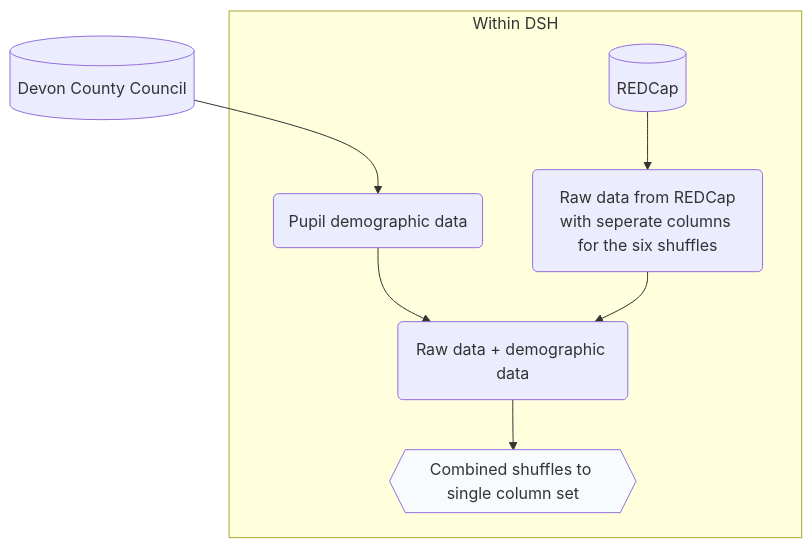
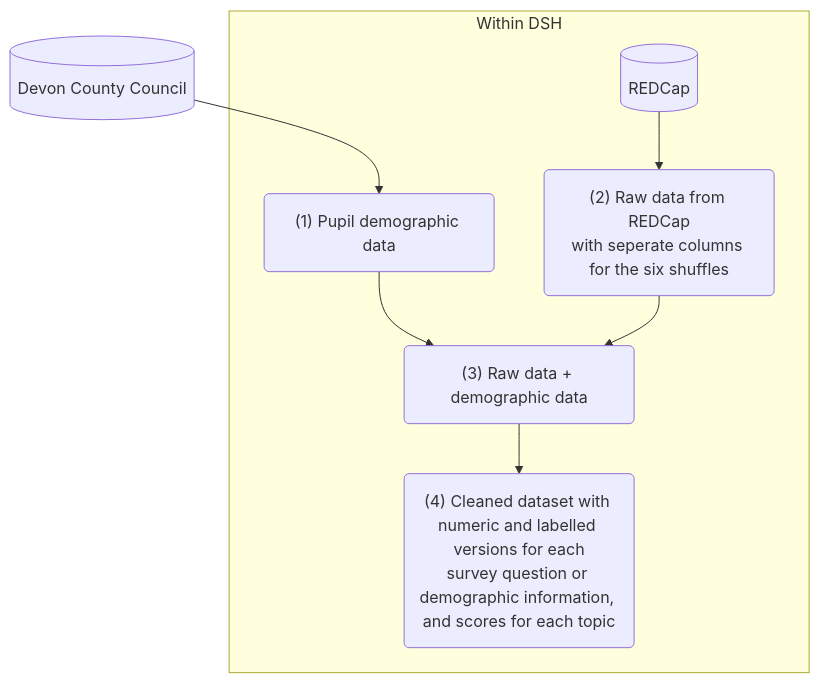
One commit to kailo-beewell/synthetic_standard_school_dashboards changed the fourth of 4 diagrams in data_structures_guide.md. Above: the diagram before and after it, drawn with Mermaid. The commit also changed other lines of this file, not shown here.

Commit message:
Further work on in-progress data processing diagram

````diff
--- a/data_structures_guide.md
+++ b/data_structures_guide.md
@@ -20,24 +116,29 @@
 ```mermaid
   graph TD;
 
     %% Define the nodes and subgraphs
+
     dcc[(Devon County Council)]
+
     subgraph Within DSH
-        dem(Pupil demographic data)
-        red[(REDCap)]
-        red_raw(Raw data from REDCap<br>with seperate columns for the six shuffles)
-        red_comb(Raw data + demographic data)
-        red_col{{Combined shuffles to single column set}}
+
+        dem("(1) Pupil demographic data")
+    
+        red[("REDCap")]
+    
+        red_raw("(2) Raw data from REDCap<br>with seperate columns for the six shuffles")
+    
+        red_comb("(3) Raw data + demographic data")
+    
+        red_tidy("(4) Cleaned dataset with numeric and labelled versions for each<br>survey question or demographic information, and scores for each topic");
+
     end
 
     %% Produce the figure
+
     dcc --> dem;
     dem --> red_comb;
     red --> red_raw;
     red_raw --> red_comb;
-    red_comb --> red_col;
-
-    %% Add custom colour to nodes
-    classDef pale fill:#F7FBFD;
-    class red_col pale;
+    red_comb --> red_tidy;
 ```
````
